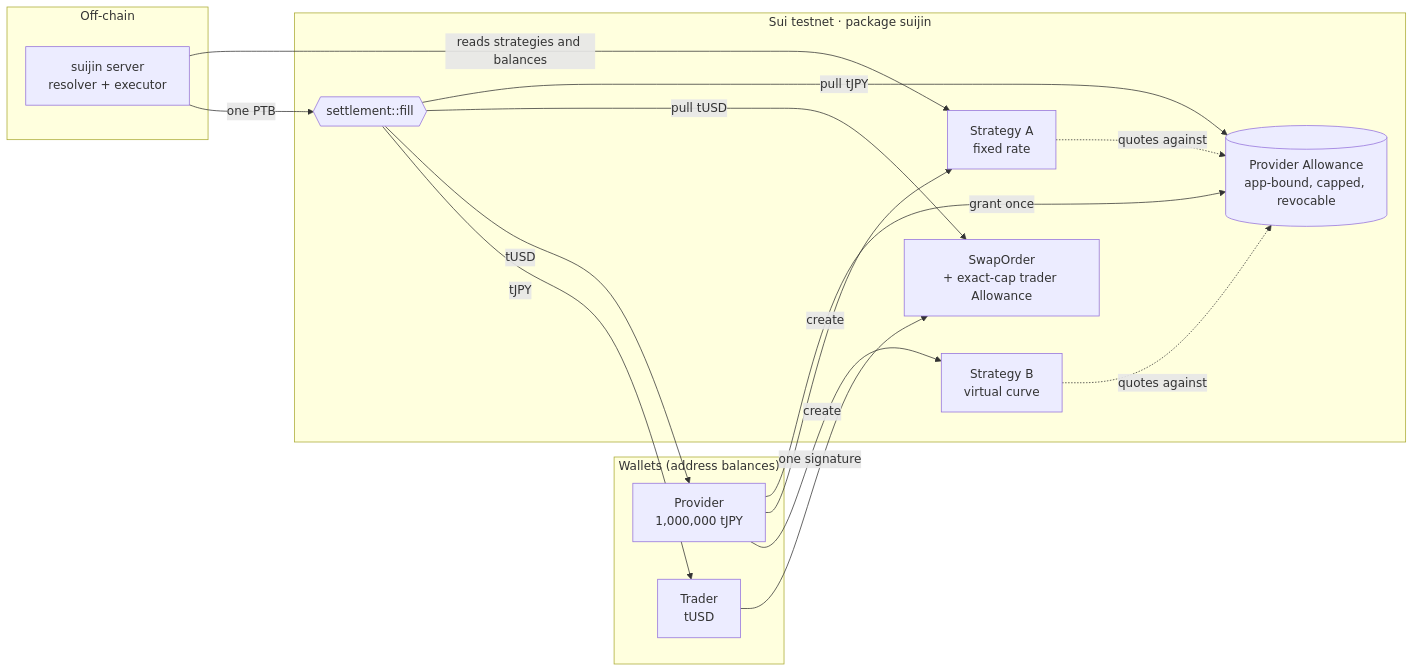
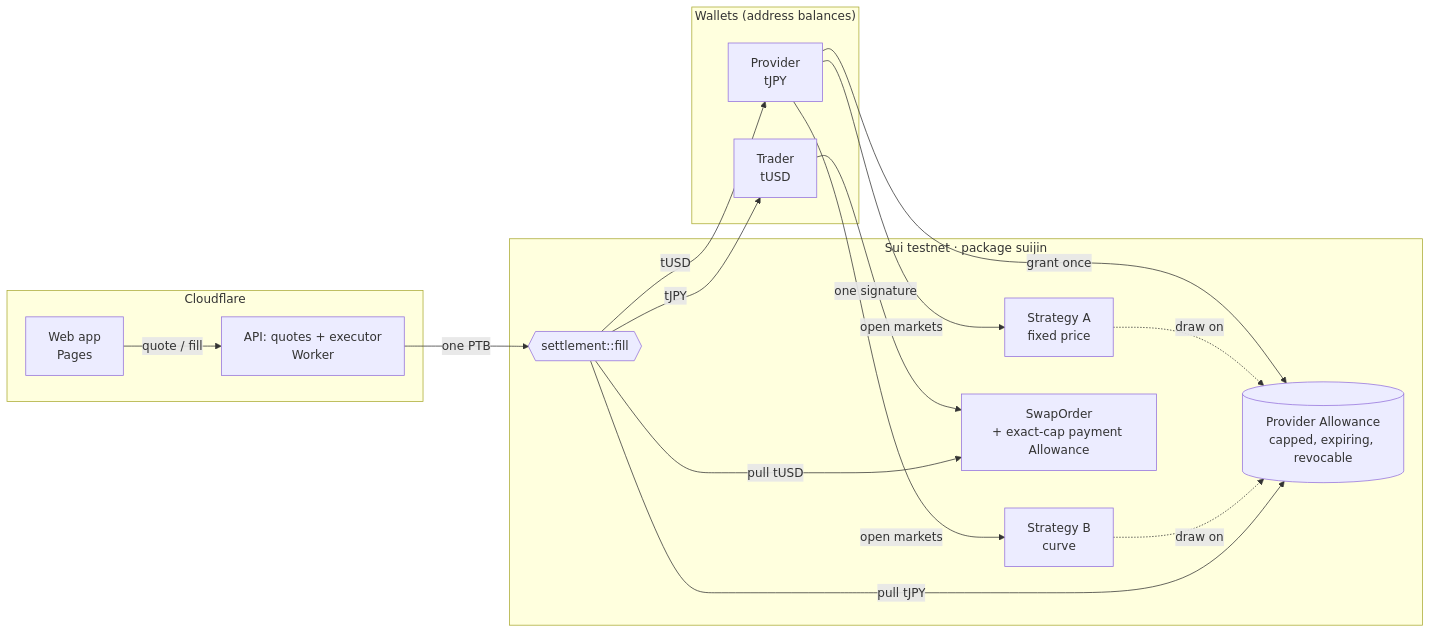
Before and after one commit to xfajarr/SUIJIN: the first of 2 diagrams in README.md, drawn with Mermaid. The commit also changed other lines of this file, not shown here.

````diff
--- a/README.md
+++ b/README.md
@@ -55,29 +60,29 @@
 ```mermaid
 flowchart LR
     subgraph Wallets["Wallets (address balances)"]
-        P["Provider<br/>1,000,000 tJPY"]
+        P["Provider<br/>tJPY"]
         T["Trader<br/>tUSD"]
     end
-    subgraph Offchain["Off-chain"]
-        S["suijin server<br/>resolver + executor"]
+    subgraph Offchain["Cloudflare"]
+        W["Web app<br/>Pages"]
+        S["API: quotes + executor<br/>Worker"]
     end
     subgraph Sui["Sui testnet · package suijin"]
-        A[("Provider Allowance<br/>app-bound, capped, revocable")]
-        SA["Strategy A<br/>fixed rate"]
-        SB["Strategy B<br/>virtual curve"]
-        O["SwapOrder<br/>+ exact-cap trader Allowance"]
+        A[("Provider Allowance<br/>capped, expiring, revocable")]
+        SA["Strategy A<br/>fixed price"]
+        SB["Strategy B<br/>curve"]
+        O["SwapOrder<br/>+ exact-cap payment Allowance"]
         F{{"settlement::fill"}}
     end
     P -- "grant once" --> A
-    P -- "create" --> SA
-    P -- "create" --> SB
-    SA -. "quotes against" .-> A
-    SB -. "quotes against" .-> A
+    P -- "open markets" --> SA & SB
+    SA -. "draw on" .-> A
+    SB -. "draw on" .-> A
     T -- "one signature" --> O
-    S -- "reads strategies and balances" --> SA
+    W -- "quote / fill" --> S
     S -- "one PTB" --> F
     F -- "pull tJPY" --> A
     F -- "pull tUSD" --> O
     F -- "tUSD" --> P
     F -- "tJPY" --> T
 ```
````
